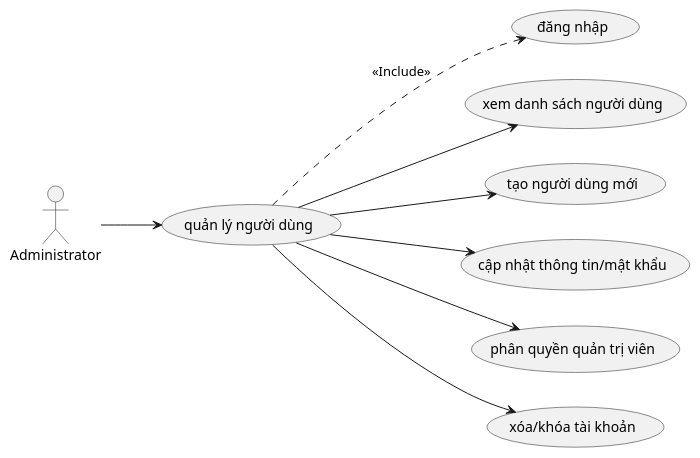
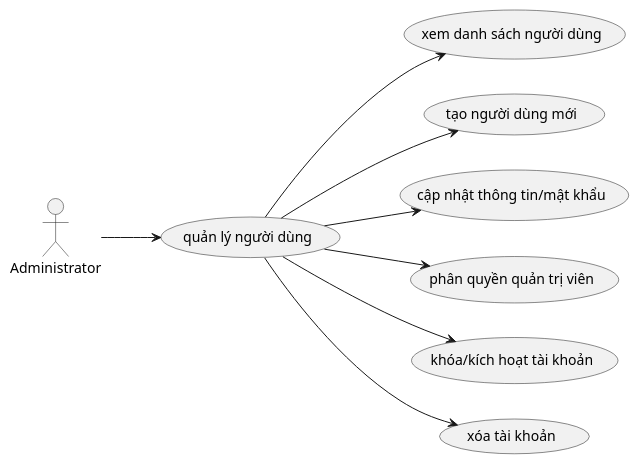
The diagram in docs/use-cases/02_quan_ly_nguoi_dung.md (docuong039/worksphere), drawn with PlantUML before and after one commit. The commit also changed other lines of this file and 26 other files, not shown here.

Commit message:
update diagram

````diff
--- a/docs/use-cases/02_quan_ly_nguoi_dung.md
+++ b/docs/use-cases/02_quan_ly_nguoi_dung.md
@@ -5,27 +5,26 @@
 ```plantuml
 @startuml
 left to right direction
 actor "Administrator" as Admin
 
-usecase "đăng nhập" as UC_Login
 usecase "quản lý người dùng" as UC_ManageUser
 
 ' Các use case con
 usecase "xem danh sách người dùng" as UC01
 usecase "tạo người dùng mới" as UC02
 usecase "cập nhật thông tin/mật khẩu" as UC03
 usecase "phân quyền quản trị viên" as UC04
-usecase "xóa/khóa tài khoản" as UC05
+usecase "khóa/kích hoạt tài khoản" as UC05
+usecase "xóa tài khoản" as UC06
 
 Admin --> UC_ManageUser
 
 UC_ManageUser --> UC01
 UC_ManageUser --> UC02
 UC_ManageUser --> UC03
 UC_ManageUser --> UC04
 UC_ManageUser --> UC05
-
-UC_ManageUser ..> UC_Login : <<Include>>
+UC_ManageUser --> UC06
 
 @enduml
 ```
````
